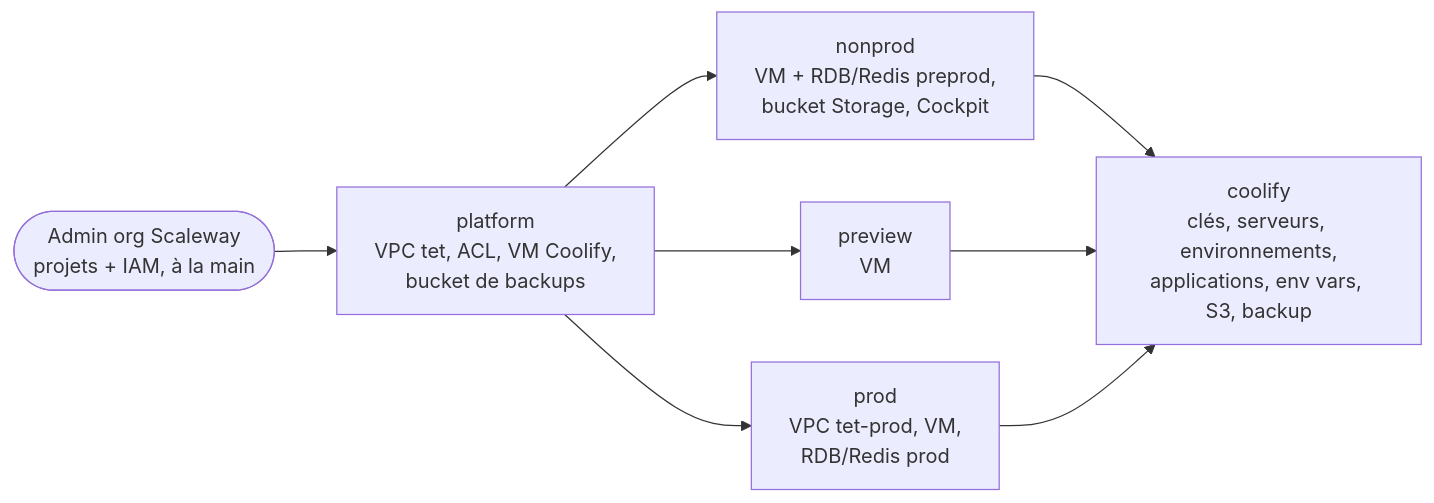
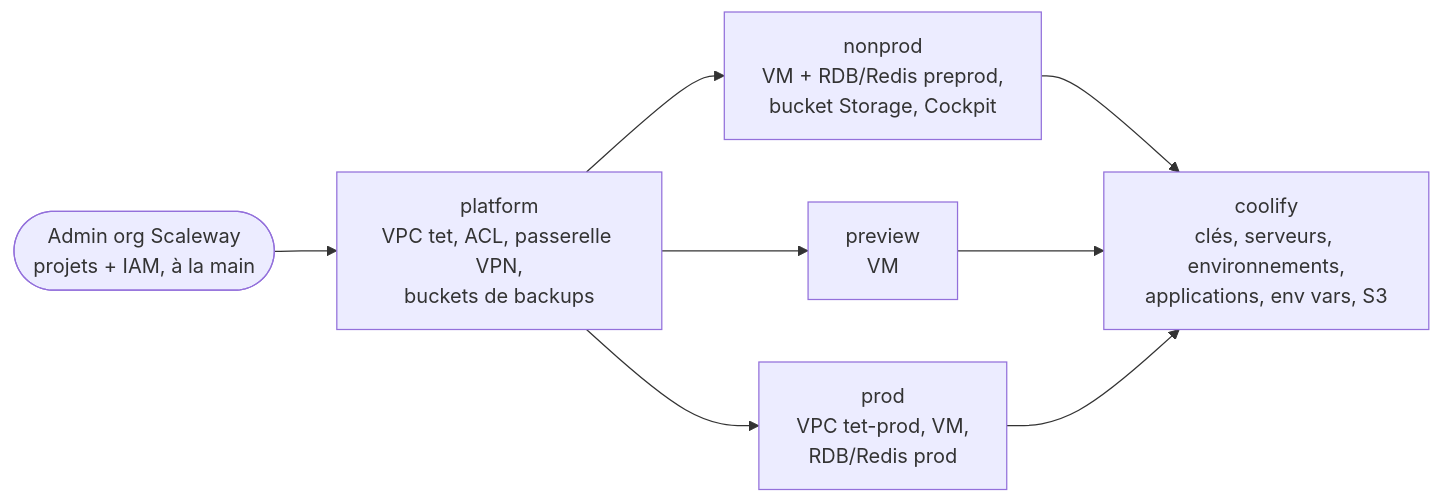
Before and after one commit to incubateur-ademe/territoires-en-transitions: the second of 2 diagrams in infra/README.md, drawn with Mermaid. The commit also changed other lines of this file and 31 other files, not shown here.

First line of the commit message:
chore(infra): migrer vers l'instance Coolify de l'incubateur et remplacer le bastion par un VPN WireGuard

````diff
--- a/infra/README.md
+++ b/infra/README.md
@@ -118,11 +123,11 @@
 ```mermaid
 flowchart LR
   admin([Admin org Scaleway<br/>projets + IAM, à la main]) --> platform
-  platform["platform<br/>VPC tet, ACL, VM Coolify,<br/>bucket de backups"]
+  platform["platform<br/>VPC tet, ACL, passerelle VPN,<br/>buckets de backups"]
   platform --> nonprod & preview & prod
   nonprod["nonprod<br/>VM + RDB/Redis preprod,<br/>bucket Storage, Cockpit"]
   preview["preview<br/>VM"]
   prod["prod<br/>VPC tet-prod, VM,<br/>RDB/Redis prod"]
   nonprod & preview & prod --> coolifys
-  coolifys["coolify<br/>clés, serveurs, environnements,<br/>applications, env vars, S3, backup"]
+  coolifys["coolify<br/>clés, serveurs, environnements,<br/>applications, env vars, S3"]
 ```
````
